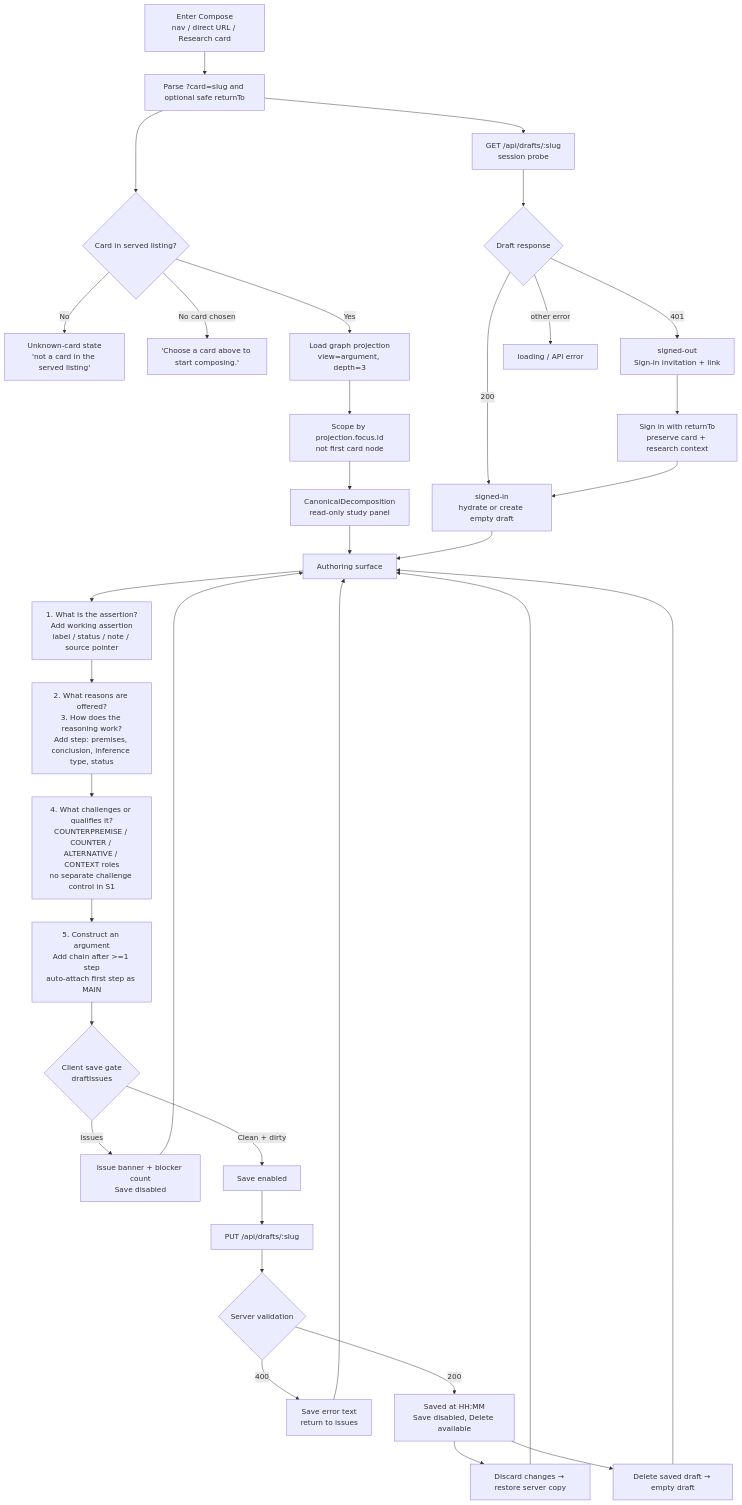
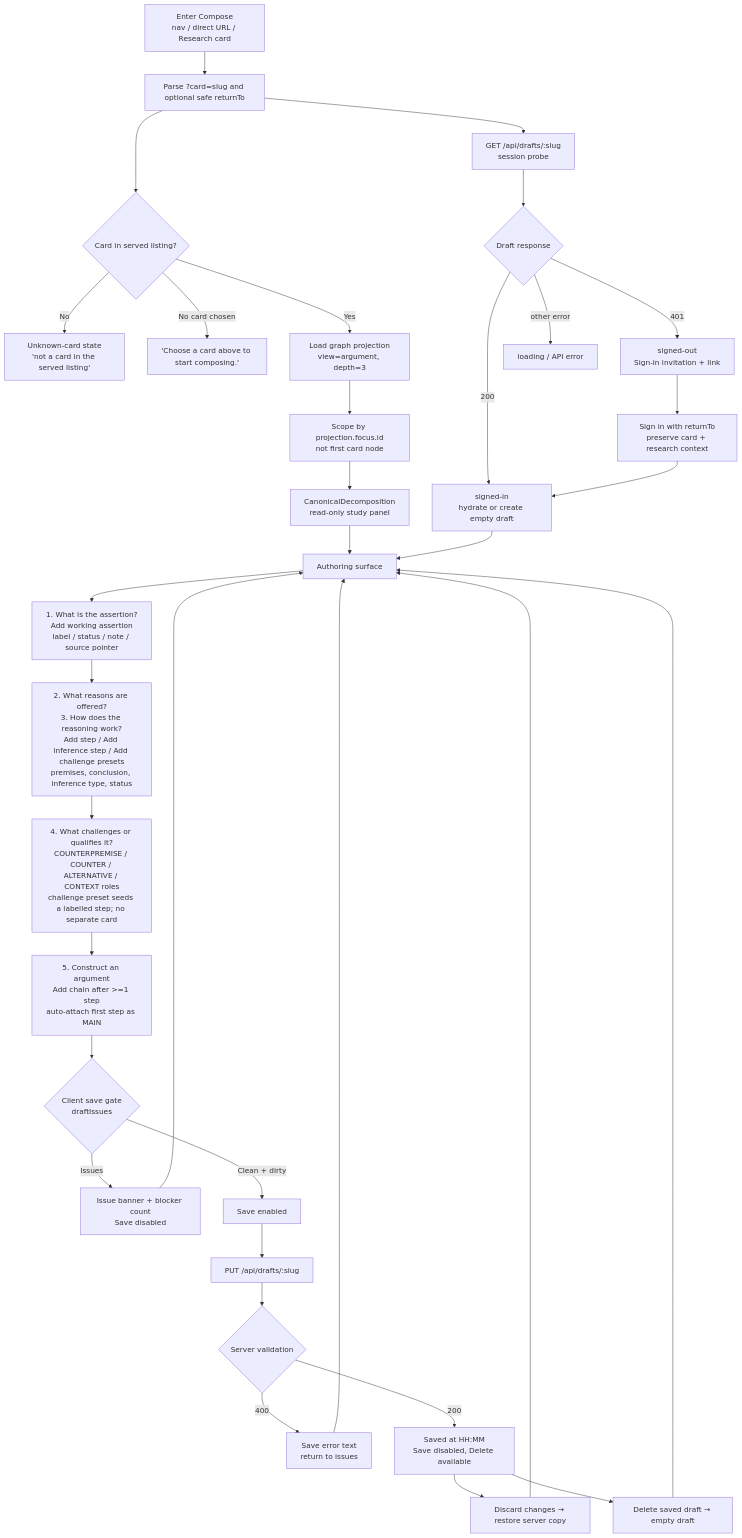
One commit to ubuntupunk/as-truth-cards changed the first of 2 diagrams in docs/COMPOSE_DESIGN_HANDOFF.md. Above: the diagram before and after it, drawn with Mermaid. The commit also changed other lines of this file and 9 other files, not shown here.

Commit message:
feat(compose): add inference and challenge step presets

````diff
--- a/docs/COMPOSE_DESIGN_HANDOFF.md
+++ b/docs/COMPOSE_DESIGN_HANDOFF.md
@@ -130,42 +130,42 @@
 ```mermaid
 flowchart TD
     A["Enter Compose<br/>nav / direct URL / Research card"] --> B["Parse ?card=slug and optional safe returnTo"]
     B --> C{"Card in served listing?"}
     C -- "No" --> C1["Unknown-card state<br/>'not a card in the served listing'"]
     C -- "No card chosen" --> C2["'Choose a card above to start composing.'"]
     C -- "Yes" --> D["Load graph projection<br/>view=argument, depth=3"]
     D --> E["Scope by projection.focus.id<br/>not first card node"]
     E --> F["CanonicalDecomposition<br/>read-only study panel"]
 
     B --> G["GET /api/drafts/:slug<br/>session probe"]
     G --> H{"Draft response"}
     H -- "401" --> I["signed-out<br/>Sign-in invitation + link"]
     H -- "other error" --> J["loading / API error"]
     H -- "200" --> K["signed-in<br/>hydrate or create empty draft"]
 
     I --> I1["Sign in with returnTo<br/>preserve card + research context"]
     I1 --> K
 
     F --> L["Authoring surface"]
     K --> L
 
     L --> M["1. What is the assertion?<br/>Add working assertion<br/>label / status / note / source pointer"]
-    M --> N["2. What reasons are offered?<br/>3. How does the reasoning work?<br/>Add step: premises, conclusion, inference type, status"]
-    N --> O["4. What challenges or qualifies it?<br/>COUNTERPREMISE / COUNTER / ALTERNATIVE / CONTEXT roles<br/>no separate challenge control in S1"]
+    M --> N["2. What reasons are offered?<br/>3. How does the reasoning work?<br/>Add step / Add inference step / Add challenge presets<br/>premises, conclusion, inference type, status"]
+    N --> O["4. What challenges or qualifies it?<br/>COUNTERPREMISE / COUNTER / ALTERNATIVE / CONTEXT roles<br/>challenge preset seeds a labelled step; no separate card"]
     O --> P["5. Construct an argument<br/>Add chain after >=1 step<br/>auto-attach first step as MAIN"]
 
     P --> Q{"Client save gate<br/>draftIssues"}
     Q -- "Issues" --> R["Issue banner + blocker count<br/>Save disabled"]
     R --> L
     Q -- "Clean + dirty" --> S["Save enabled"]
     S --> T["PUT /api/drafts/:slug"]
     T --> U{"Server validation"}
     U -- "400" --> V["Save error text<br/>return to issues"]
     V --> L
     U -- "200" --> W["Saved at HH:MM<br/>Save disabled, Delete available"]
 
     W --> X["Discard changes → restore server copy"]
     W --> Y["Delete saved draft → empty draft"]
     X --> L
     Y --> L
 ```
````
